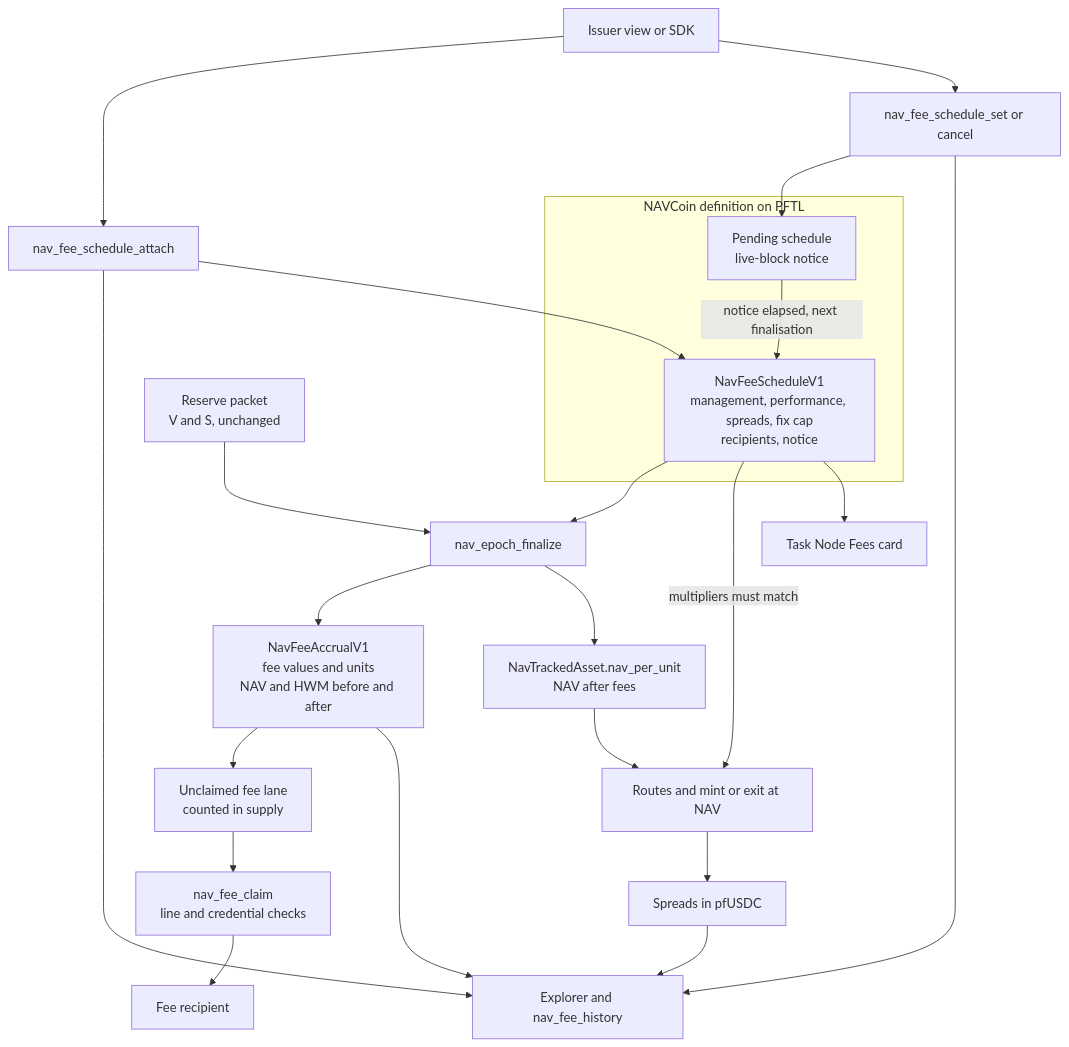
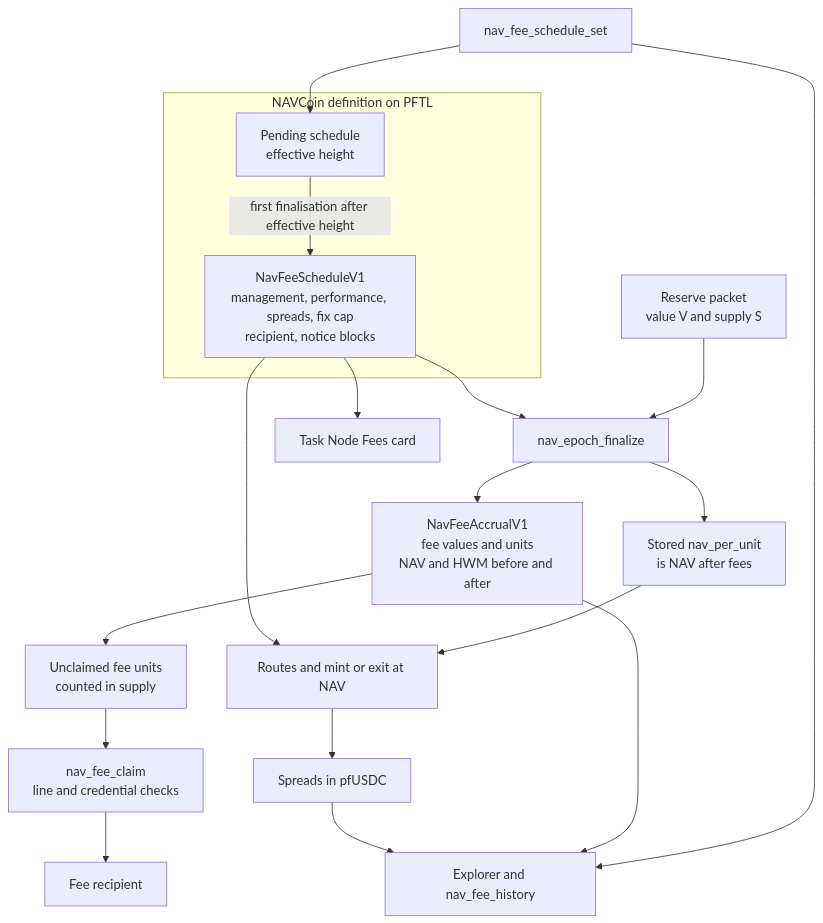
Before and after one commit to postfiatorg/postfiatl1v2: the diagram in big_milestone/pillars/07-navcoin-fees.md, drawn with Mermaid. The commit also changed other lines of this file and 37 other files, not shown here.

````diff
--- a/big_milestone/pillars/07-navcoin-fees.md
+++ b/big_milestone/pillars/07-navcoin-fees.md
@@ -66,27 +65,23 @@
 ```mermaid
 flowchart TB
     subgraph DEF["NAVCoin definition on PFTL"]
-      FS["NavFeeScheduleV1<br/>management, performance, spreads, fix cap<br/>recipients, notice"]
-      PEND["Pending schedule<br/>live-block notice"]
+      FS["NavFeeScheduleV1<br/>management, performance, spreads, fix cap<br/>recipient, notice blocks"]
+      PEND["Pending schedule<br/>effective height"]
     end
-    ISS["Issuer view or SDK"] --> ATT["nav_fee_schedule_attach"]
-    ISS --> SET["nav_fee_schedule_set or cancel"]
-    ATT --> FS
-    SET --> PEND
-    PEND -->|"notice elapsed, next finalisation"| FS
-    RP["Reserve packet<br/>V and S, unchanged"] --> EF["nav_epoch_finalize"]
+    SET["nav_fee_schedule_set"] --> PEND
+    PEND -->|"first finalisation after effective height"| FS
+    RP["Reserve packet<br/>value V and supply S"] --> EF["nav_epoch_finalize"]
     FS --> EF
     EF --> ACC["NavFeeAccrualV1<br/>fee values and units<br/>NAV and HWM before and after"]
-    ACC --> LANE["Unclaimed fee lane<br/>counted in supply"]
-    LANE --> CLAIM["nav_fee_claim<br/>line and credential checks"]
+    ACC --> ESC["Unclaimed fee units<br/>counted in supply"]
+    ESC --> CLAIM["nav_fee_claim<br/>line and credential checks"]
     CLAIM --> REC["Fee recipient"]
-    EF --> NAV["NavTrackedAsset.nav_per_unit<br/>NAV after fees"]
+    EF --> NAV["Stored nav_per_unit<br/>is NAV after fees"]
     NAV --> RT["Routes and mint or exit at NAV"]
-    FS -->|"multipliers must match"| RT
+    FS --> RT
     RT --> SPR["Spreads in pfUSDC"]
-    ATT --> EX["Explorer and nav_fee_history"]
-    SET --> EX
+    SET --> EX["Explorer and nav_fee_history"]
     ACC --> EX
     SPR --> EX
     FS --> TN["Task Node Fees card"]
 ```
````
